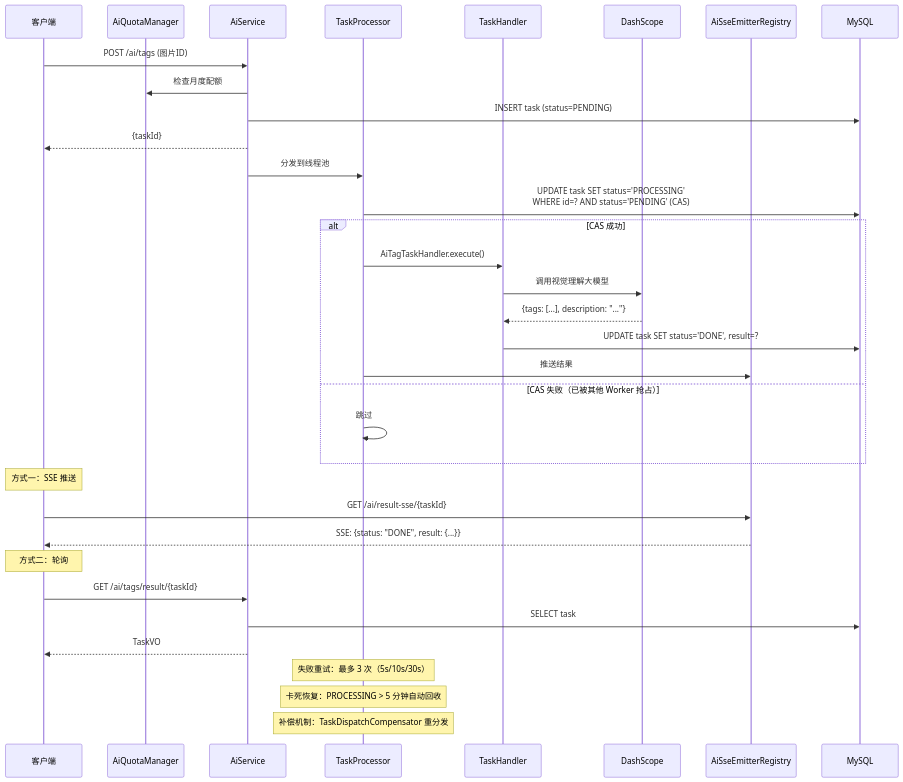
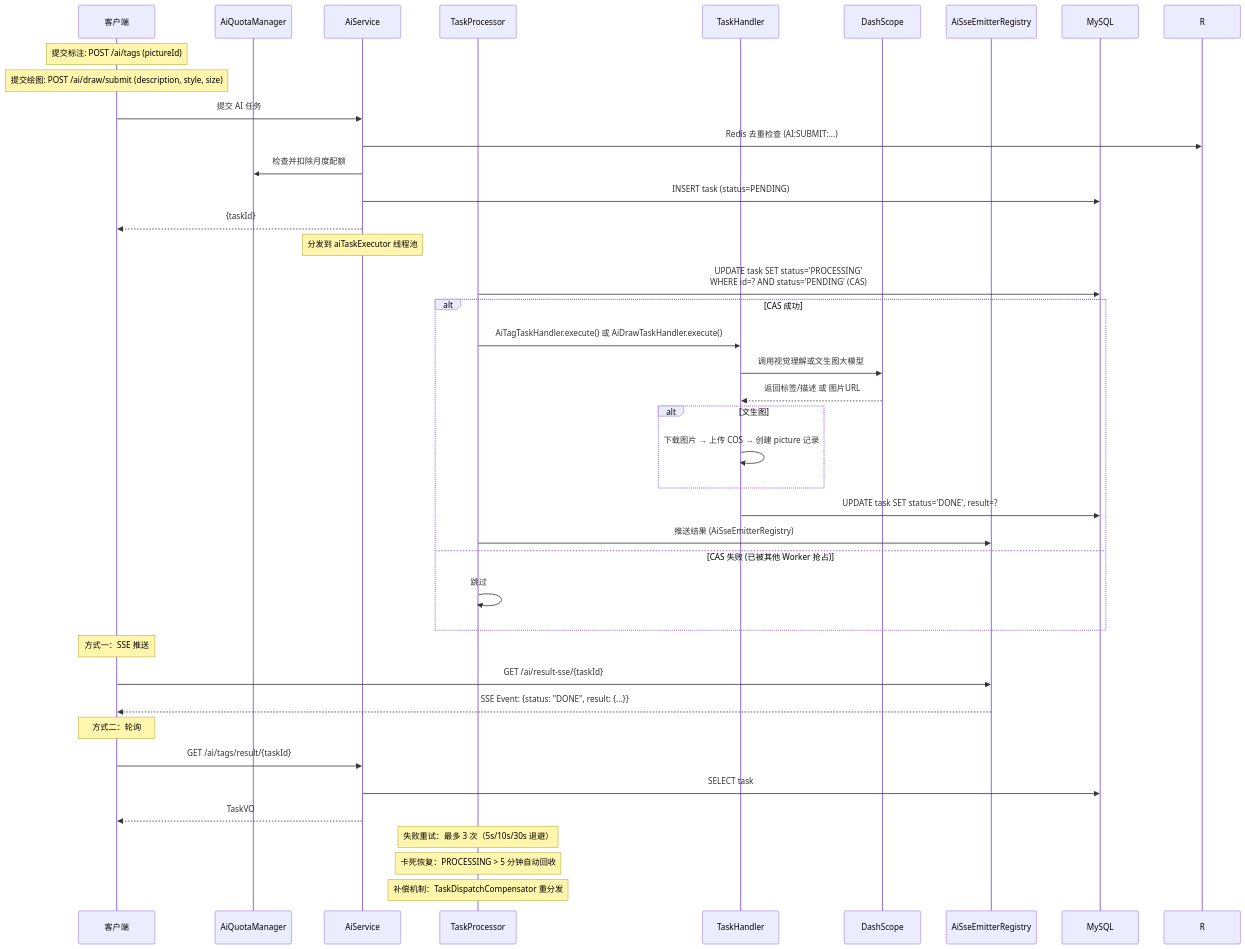
One commit to FishDuM/AI.Image.Material.Collaboration.Platform changed the sixth of 8 diagrams in model/uml_diagrams.md. Above: the diagram before and after it, drawn with Mermaid. The commit also changed other lines of this file and 3 other files, not shown here.

````diff
--- a/model/uml_diagrams.md
+++ b/model/uml_diagrams.md
@@ -642,41 +669,49 @@
 ```mermaid
 sequenceDiagram
     participant C as 客户端
     participant AQ as AiQuotaManager
     participant A as AiService
     participant T as TaskProcessor
     participant H as TaskHandler
     participant AI as DashScope
     participant SSE as AiSseEmitterRegistry
     participant DB as MySQL
 
-    C->>A: POST /ai/tags (图片ID)
-    A->>AQ: 检查月度配额
+    Note over C: 提交标注: POST /ai/tags (pictureId)
+    Note over C: 提交绘图: POST /ai/draw/submit (description, style, size)
+
+    C->>A: 提交 AI 任务
+    A->>R: Redis 去重检查 (AI:SUBMIT:...)
+    A->>AQ: 检查并扣除月度配额
     A->>DB: INSERT task (status=PENDING)
     A-->>C: {taskId}
-    A->>T: 分发到线程池
+
+    Note over A: 分发到 aiTaskExecutor 线程池
 
     T->>DB: UPDATE task SET status='PROCESSING'<br/>WHERE id=? AND status='PENDING' (CAS)
     alt CAS 成功
-        T->>H: AiTagTaskHandler.execute()
-        H->>AI: 调用视觉理解大模型
-        AI-->>H: {tags: [...], description: "..."}
+        T->>H: AiTagTaskHandler.execute() 或 AiDrawTaskHandler.execute()
+        H->>AI: 调用视觉理解或文生图大模型
+        AI-->>H: 返回标签/描述 或 图片URL
+        alt 文生图
+            H->>H: 下载图片 → 上传 COS → 创建 picture 记录
+        end
         H->>DB: UPDATE task SET status='DONE', result=?
-        T->>SSE: 推送结果
-    else CAS 失败（已被其他 Worker 抢占）
+        T->>SSE: 推送结果 (AiSseEmitterRegistry)
+    else CAS 失败 (已被其他 Worker 抢占)
         T->>T: 跳过
     end
 
     Note over C: 方式一：SSE 推送
     C->>SSE: GET /ai/result-sse/{taskId}
-    SSE-->>C: SSE: {status: "DONE", result: {...}}
+    SSE-->>C: SSE Event: {status: "DONE", result: {...}}
 
     Note over C: 方式二：轮询
     C->>A: GET /ai/tags/result/{taskId}
     A->>DB: SELECT task
     A-->>C: TaskVO
 
-    Note over T: 失败重试：最多 3 次（5s/10s/30s）
+    Note over T: 失败重试：最多 3 次（5s/10s/30s 退避）
     Note over T: 卡死恢复：PROCESSING > 5 分钟自动回收
     Note over T: 补偿机制：TaskDispatchCompensator 重分发
 ```
````
